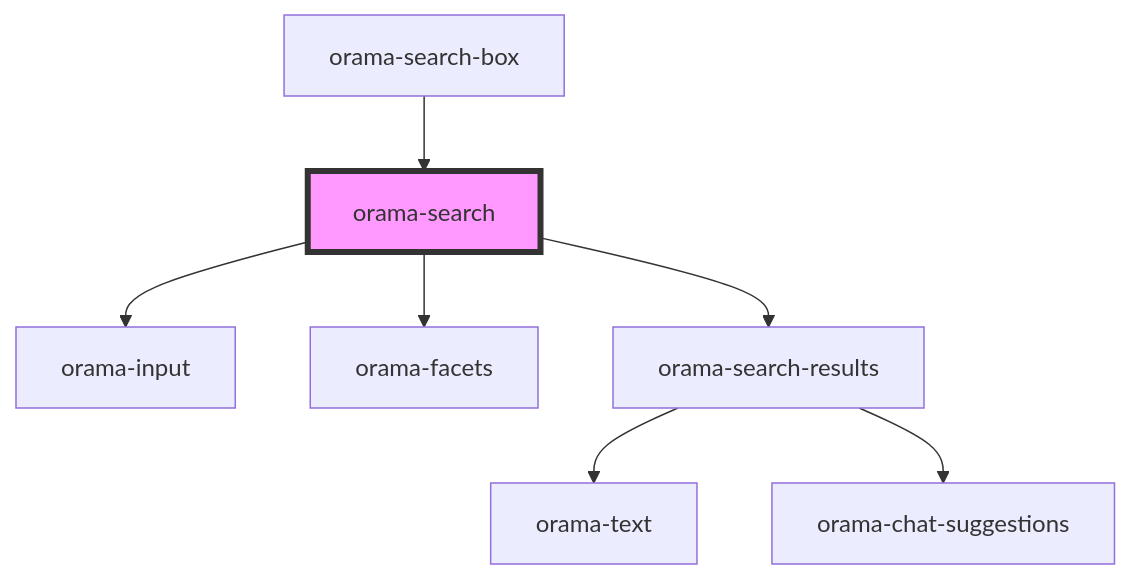
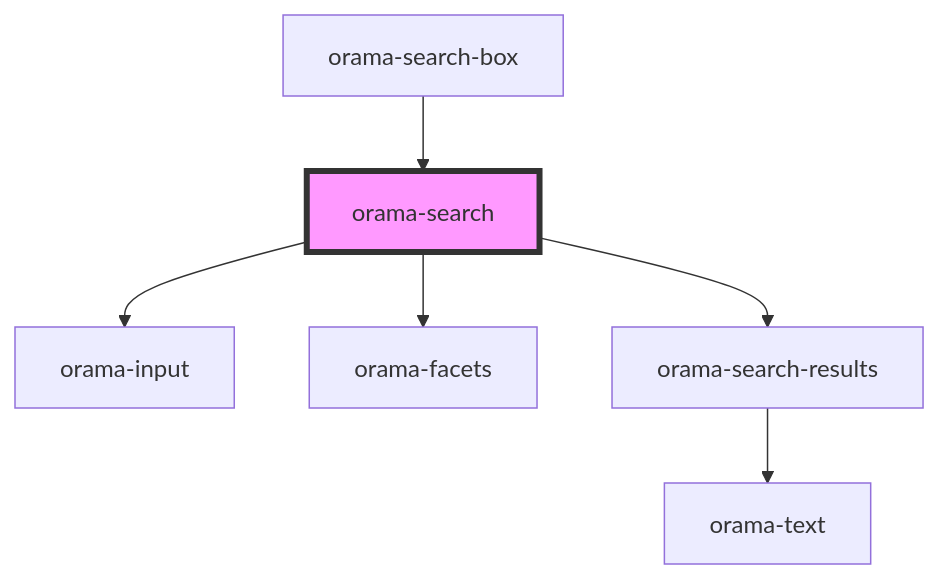
Before and after one commit to oramasearch/orama-ui-components: the diagram in packages/ui-stencil/src/components/internal/orama-search/readme.md, drawn with Mermaid. The commit also changed 14 other files, not shown here.

````diff
--- a/packages/ui-stencil/src/components/internal/orama-search/readme.md
+++ b/packages/ui-stencil/src/components/internal/orama-search/readme.md
@@ -36,10 +36,9 @@
 ```mermaid
 graph TD;
   orama-search --> orama-input
   orama-search --> orama-facets
   orama-search --> orama-search-results
   orama-search-results --> orama-text
-  orama-search-results --> orama-chat-suggestions
   orama-search-box --> orama-search
   style orama-search fill:#f9f,stroke:#333,stroke-width:4px
 ```
````
